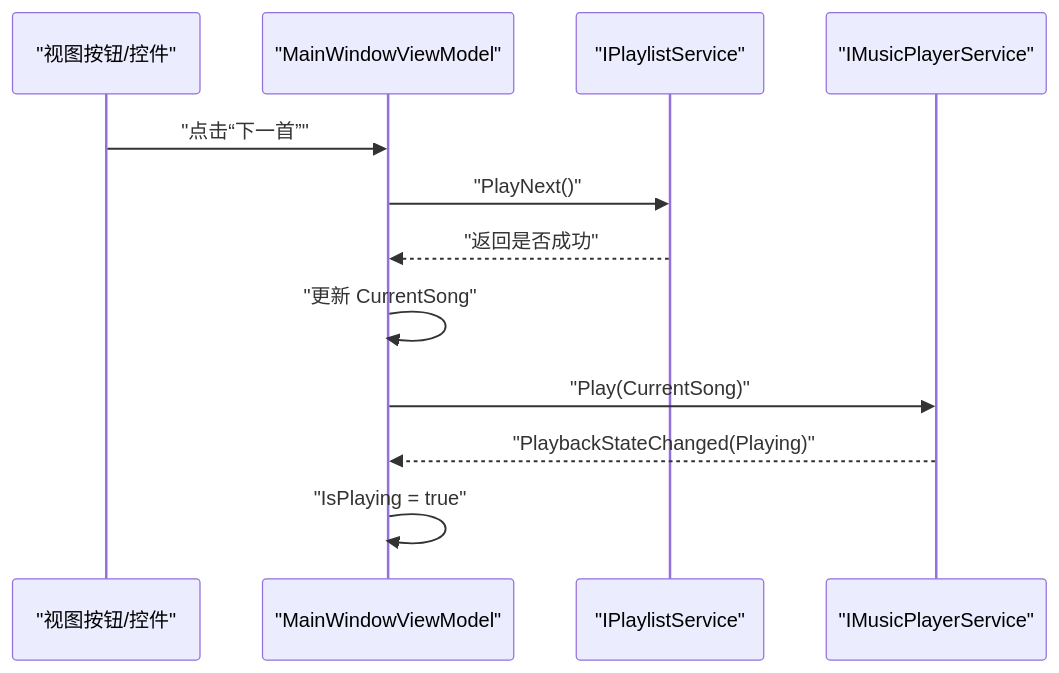
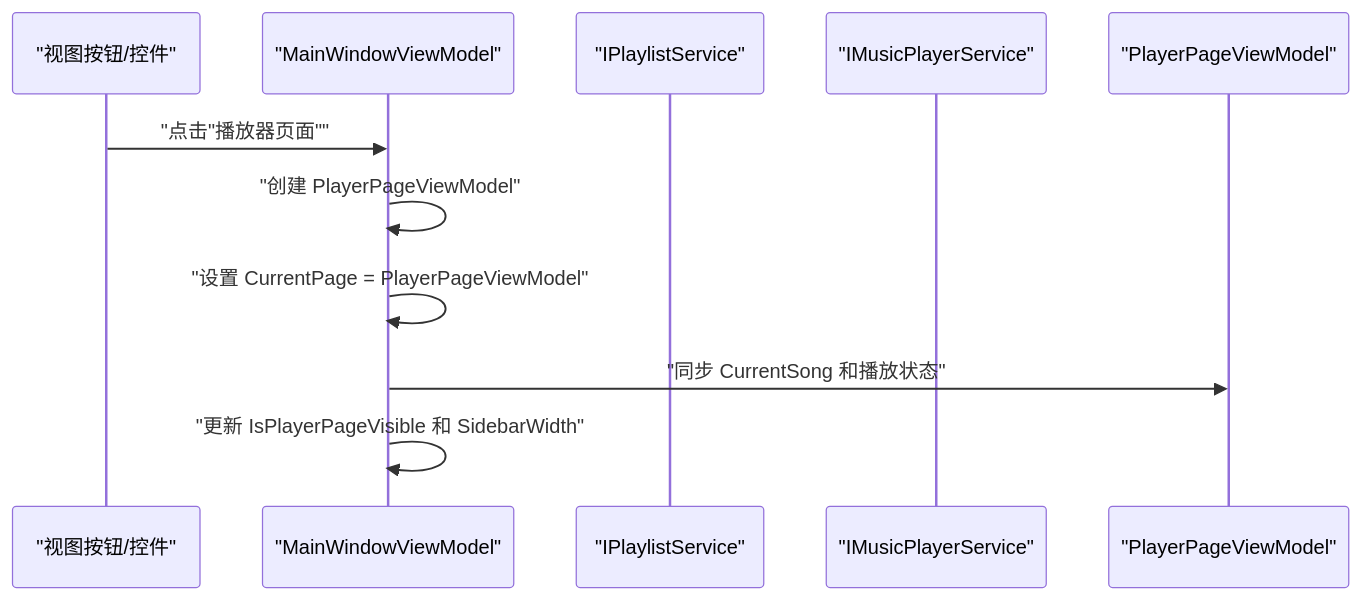
Before and after one commit to mariamjensen42-glitch/LocalMusicPlayer: the second of 10 diagrams in .qoder/repowiki/zh/content/视图模型层/主窗口视图模型.md, drawn with Mermaid. The commit also changed other lines of this file and 23 other files, not shown here.

````diff
--- a/.qoder/repowiki/zh/content/视图模型层/主窗口视图模型.md
+++ b/.qoder/repowiki/zh/content/视图模型层/主窗口视图模型.md
@@ -100,14 +129,13 @@
 ```mermaid
 sequenceDiagram
 participant UI as "视图按钮/控件"
 participant VM as "MainWindowViewModel"
 participant PL as "IPlaylistService"
 participant MP as "IMusicPlayerService"
-UI->>VM : "点击“下一首”"
-VM->>PL : "PlayNext()"
-PL-->>VM : "返回是否成功"
-VM->>VM : "更新 CurrentSong"
-VM->>MP : "Play(CurrentSong)"
-MP-->>VM : "PlaybackStateChanged(Playing)"
-VM->>VM : "IsPlaying = true"
+participant LPVM as "PlayerPageViewModel"
+UI->>VM : "点击"播放器页面""
+VM->>VM : "创建 PlayerPageViewModel"
+VM->>VM : "设置 CurrentPage = PlayerPageViewModel"
+VM->>LPVM : "同步 CurrentSong 和播放状态"
+VM->>VM : "更新 IsPlayerPageVisible 和 SidebarWidth"
 ```
````
